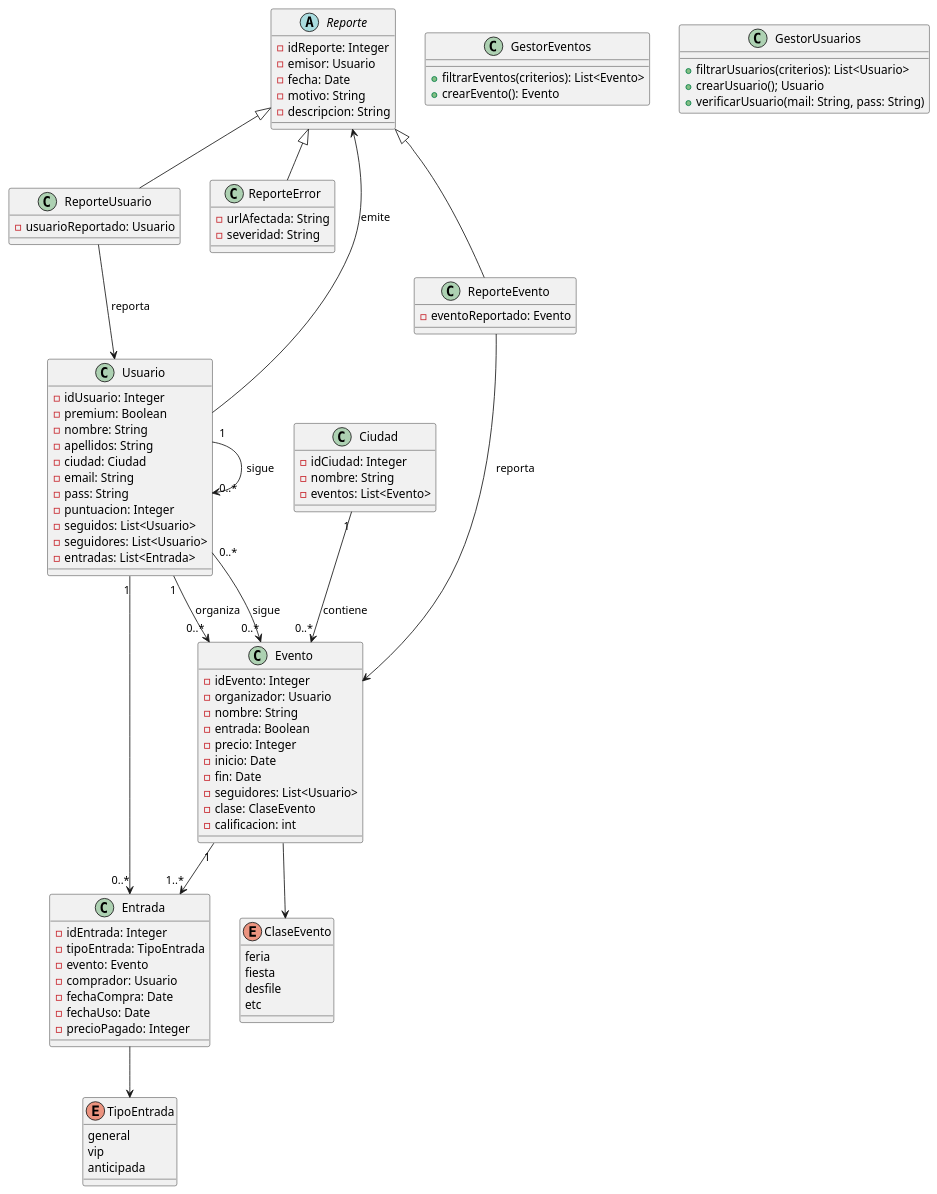
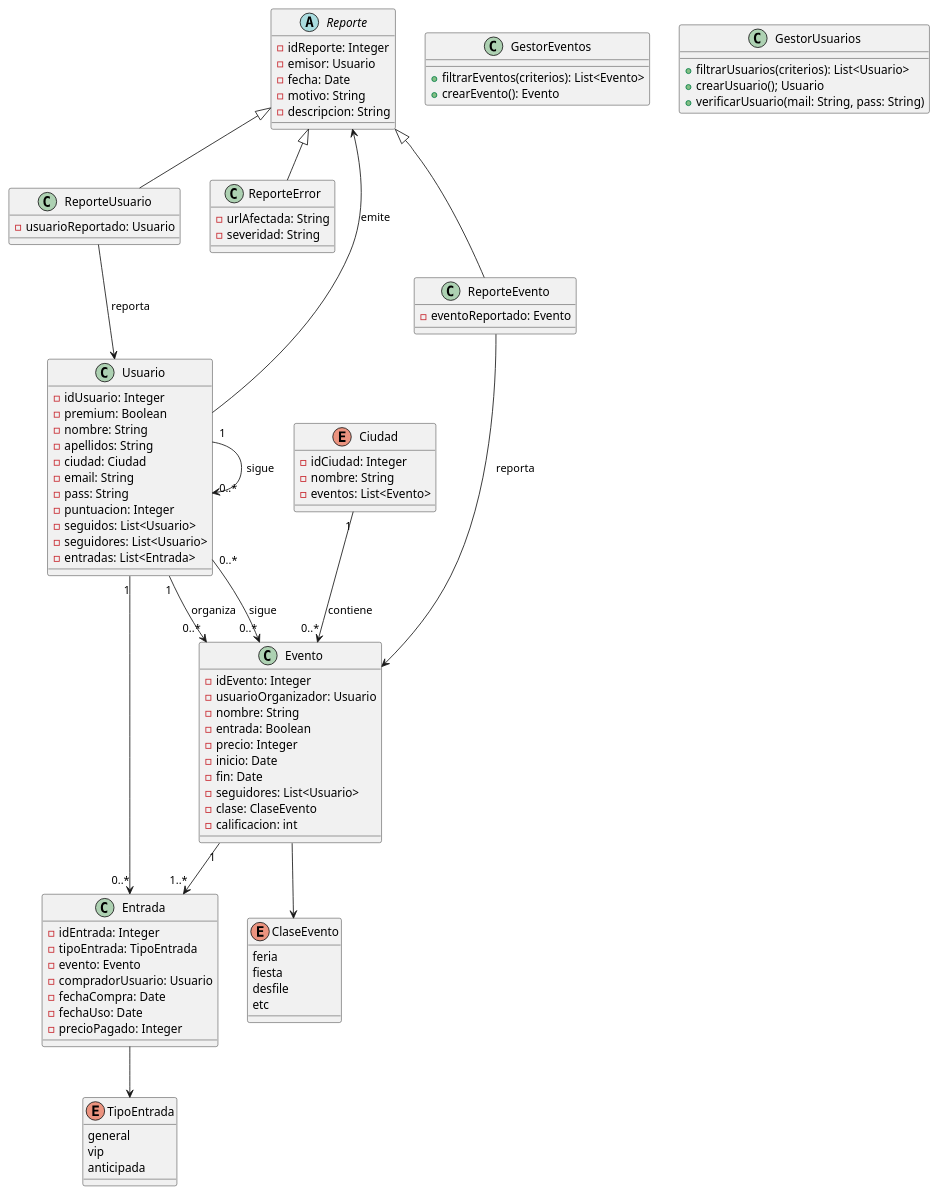
The diagram in extraDoc/classDiagram.puml (ConfusedRebel/CultureClub), drawn with PlantUML before and after one commit. The commit also changed 10 other files, not shown here.

```diff
--- a/extraDoc/classDiagram.puml
+++ b/extraDoc/classDiagram.puml
@@ -2,125 +2,125 @@
 @startuml name  "Diagrama de Clases"
 
 abstract class Reporte {
    - idReporte: Integer
    - emisor: Usuario
    - fecha: Date
    - motivo: String
    - descripcion: String
 }
 
 
 class ReporteUsuario {
    - usuarioReportado: Usuario
 }
 
 
 class ReporteError {
    - urlAfectada: String
    - severidad: String
 }
 
 
 class ReporteEvento {
    - eventoReportado: Evento
 }
 
 
 enum ClaseEvento {
    feria
    fiesta
    desfile
    etc
 }
 
 
 class Evento {
    - idEvento: Integer
-   - organizador: Usuario
+   - usuarioOrganizador: Usuario
    - nombre: String
    - entrada: Boolean
    - precio: Integer
    - inicio: Date
    - fin: Date
    - seguidores: List<Usuario>
    - clase: ClaseEvento
    - calificacion: int
 }
 
 
-class Ciudad {
+enum Ciudad {
    - idCiudad: Integer
    - nombre: String
    - eventos: List<Evento>
 }
 
 
 class Usuario {
    - idUsuario: Integer
    - premium: Boolean
    - nombre: String
    - apellidos: String
    - ciudad: Ciudad
    - email: String
    - pass: String
    - puntuacion: Integer
    - seguidos: List<Usuario>
    - seguidores: List<Usuario>
    - entradas: List<Entrada>
 }
 
 
 class Entrada {
    - idEntrada: Integer
    - tipoEntrada: TipoEntrada
    - evento: Evento
-   - comprador: Usuario
+   - compradorUsuario: Usuario
    - fechaCompra: Date
    - fechaUso: Date
    - precioPagado: Integer
 }
 
 
 class GestorEventos {
    + filtrarEventos(criterios): List<Evento>
    + crearEvento(): Evento
 }
 
 
 class GestorUsuarios{
    + filtrarUsuarios(criterios): List<Usuario>
    + crearUsuario(); Usuario
    + verificarUsuario(mail: String, pass: String)
 }
 
 
 enum TipoEntrada {
    general
    vip
    anticipada
 }
 
 
 
 
 
 
 Usuario --> Reporte : emite
 Reporte <|-- ReporteUsuario
 Reporte <|-- ReporteError
 Reporte <|-- ReporteEvento
 ReporteUsuario --> Usuario : reporta
 ReporteEvento --> Evento : reporta
 Usuario "1" --> "0..*" Evento : organiza
 Usuario "0..*" --> "0..*" Evento : sigue
 Usuario "1" --> "0..*" Usuario : sigue
 Evento --> ClaseEvento
 Entrada --> TipoEntrada
 Ciudad "1" --> "0..*" Evento : contiene
 Usuario "1" --> "0..*" Entrada
 Evento "1" --> "1..*" Entrada
 
 
 
 
 @enduml
```
